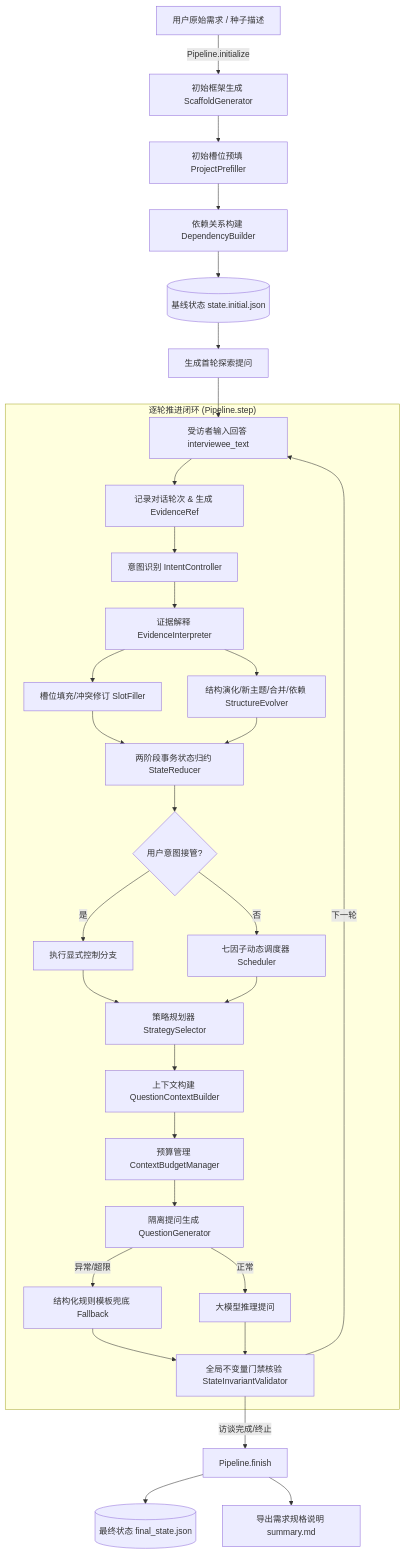
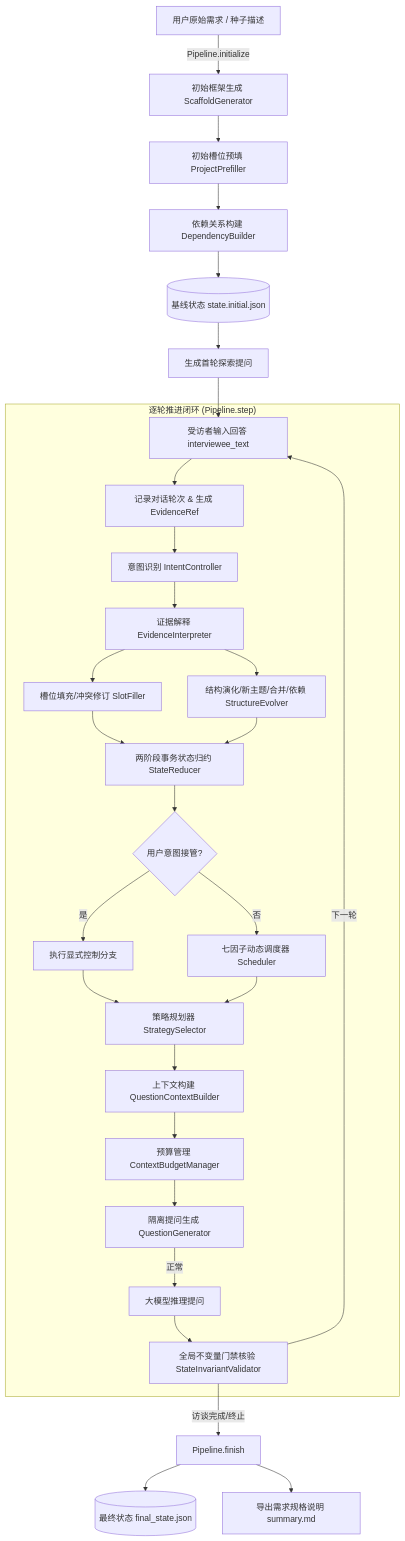
One commit to EchoAran/requirements_interview_fse changed the diagram in README_zh.md. Above: the diagram before and after it, drawn with Mermaid. The commit also changed other lines of this file and 8 other files, not shown here.

````diff
--- a/README_zh.md
+++ b/README_zh.md
@@ -48,34 +48,33 @@
 ```mermaid
 flowchart TD
     A[用户原始需求 / 种子描述] -->|Pipeline.initialize| B[初始框架生成 ScaffoldGenerator]
     B --> C[初始槽位预填 ProjectPrefiller]
     C --> D[依赖关系构建 DependencyBuilder]
     D --> E[(基线状态 state.initial.json)]
 
     E --> F[生成首轮探索提问]
     F --> G[受访者输入回答 interviewee_text]
 
     subgraph "逐轮推进闭环 (Pipeline.step)"
         G --> H[记录对话轮次 & 生成 EvidenceRef]
         H --> I[意图识别 IntentController]
         I --> J[证据解释 EvidenceInterpreter]
         J --> K[槽位填充/冲突修订 SlotFiller]
         J --> L[结构演化/新主题/合并/依赖 StructureEvolver]
         K & L --> M[两阶段事务状态归约 StateReducer]
         M --> N{用户意图接管?}
         N -- 是 --> O[执行显式控制分支]
         N -- 否 --> P[七因子动态调度器 Scheduler]
         O & P --> Q[策略规划器 StrategySelector]
         Q --> R[上下文构建 QuestionContextBuilder]
         R --> S[预算管理 ContextBudgetManager]
         S --> T[隔离提问生成 QuestionGenerator]
-        T -->|异常/超限| U[结构化规则模板兜底 Fallback]
         T -->|正常| V[大模型推理提问]
-        U & V --> W[全局不变量门禁核验 StateInvariantValidator]
+        V --> W[全局不变量门禁核验 StateInvariantValidator]
     end
 
     W -->|下一轮| G
     W -->|访谈完成/终止| X[Pipeline.finish]
     X --> Y[(最终状态 final_state.json)]
     X --> Z[导出需求规格说明 summary.md]
 ```
````
